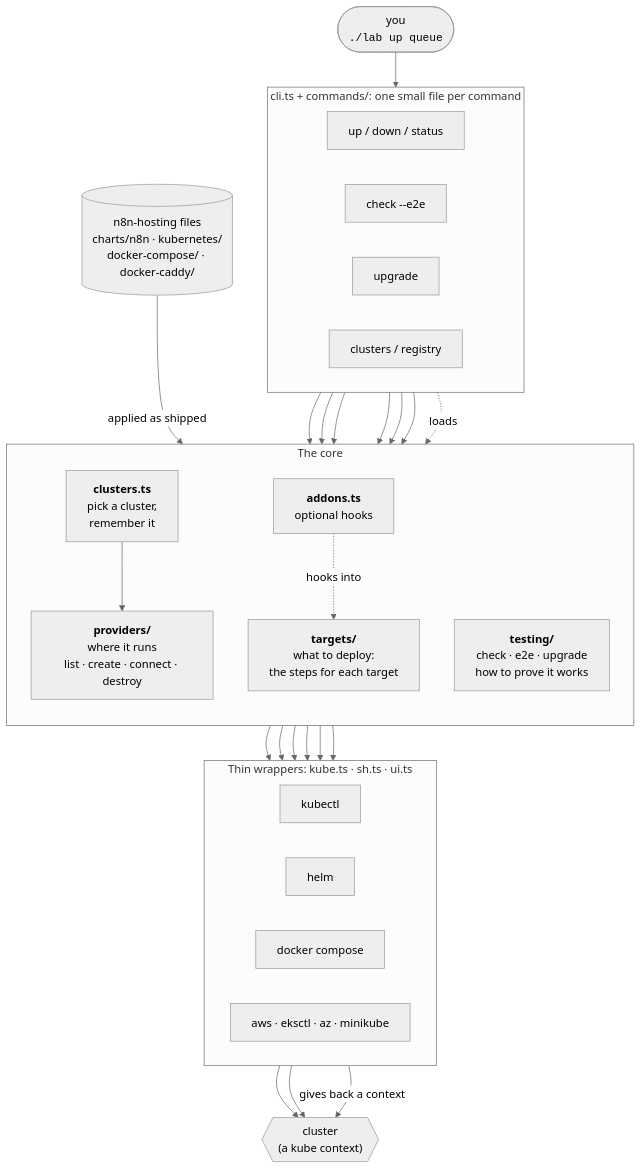
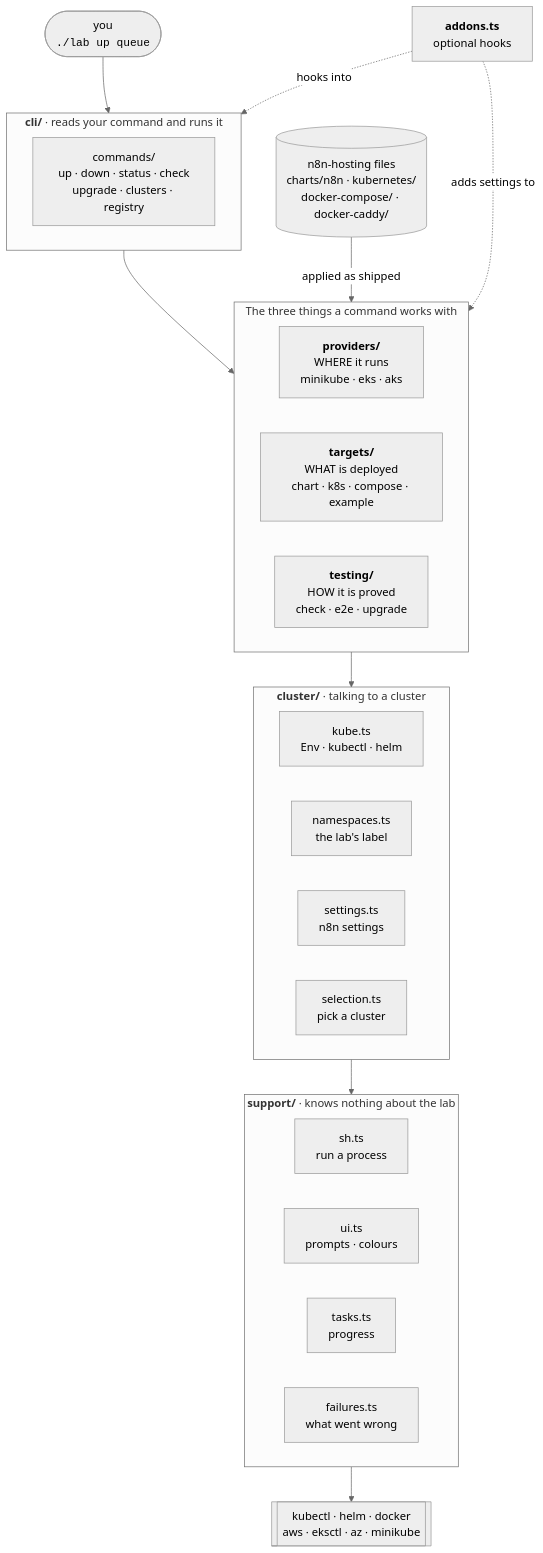
The second of 3 diagrams in tools/lab/README.md (n8n-io/n8n-hosting), drawn with Mermaid (neutral theme) before and after one commit. The commit also changed other lines of this file and 46 other files, not shown here.

````diff
--- a/tools/lab/README.md
+++ b/tools/lab/README.md
@@ -105,48 +107,40 @@
 ```mermaid
 flowchart TB
     you(["you<br/><code>./lab up queue</code>"])
 
-    subgraph cli["cli.ts + commands/: one small file per command"]
-        direction LR
-        up["up / down / status"]
-        chk["check --e2e"]
-        upg["upgrade"]
-        cl["clusters / registry"]
+    subgraph cli["<b>cli/</b>  ·  reads your command and runs it"]
+        cmds["commands/<br/>up · down · status · check<br/>upgrade · clusters · registry"]
     end
 
-    subgraph core["The core"]
-        direction TB
-        prov["<b>providers/</b><br/>where it runs<br/>list · create · connect · destroy"]
-        clus["<b>clusters.ts</b><br/>pick a cluster,<br/>remember it"]
-        targ["<b>targets/</b><br/>what to deploy:<br/>the steps for each target"]
-        test["<b>testing/</b><br/>check · e2e · upgrade<br/>how to prove it works"]
-        add["<b>addons.ts</b><br/>optional hooks"]
+    subgraph three["The three things a command works with"]
+        direction LR
+        providers["<b>providers/</b><br/>WHERE it runs<br/>minikube · eks · aks"]
+        targets["<b>targets/</b><br/>WHAT is deployed<br/>chart · k8s · compose · example"]
+        testing["<b>testing/</b><br/>HOW it is proved<br/>check · e2e · upgrade"]
     end
 
-    subgraph tools["Thin wrappers: kube.ts · sh.ts · ui.ts"]
+    subgraph cluster["<b>cluster/</b>  ·  talking to a cluster"]
         direction LR
-        k["kubectl"]
-        h["helm"]
-        d["docker compose"]
-        cloud["aws · eksctl · az · minikube"]
+        kube["kube.ts<br/>Env · kubectl · helm"]
+        ns["namespaces.ts<br/>the lab's label"]
+        settings["settings.ts<br/>n8n settings"]
+        selection["selection.ts<br/>pick a cluster"]
     end
 
+    subgraph support["<b>support/</b>  ·  knows nothing about the lab"]
+        direction LR
+        sh["sh.ts<br/>run a process"]
+        ui["ui.ts<br/>prompts · colours"]
+        tasks["tasks.ts<br/>progress"]
+        fail["failures.ts<br/>what went wrong"]
+    end
+
+    addons["<b>addons.ts</b><br/>optional hooks"]
+    tools[["kubectl · helm · docker<br/>aws · eksctl · az · minikube"]]
     files[("n8n-hosting files<br/>charts/n8n · kubernetes/<br/>docker-compose/ · docker-caddy/")]
-    cluster{{"cluster<br/>(a kube context)"}}
 
-    you --> cli
-    up --> clus --> prov
-    up --> targ
-    chk --> test
-    upg --> test
-    upg --> targ
-    cl --> prov
-    cli -.->|"loads"| add
-    add -.->|"hooks into"| targ
-    targ --> k & h & d
-    prov --> cloud
-    test --> k & d
-    files -->|"applied as shipped"| targ
-    k & h --> cluster
-    cloud -->|"gives back a context"| cluster
+    you --> cli --> three --> cluster --> support --> tools
+    files -->|"applied as shipped"| targets
+    addons -.->|"hooks into"| cli
+    addons -.->|"adds settings to"| targets
 ```
````
